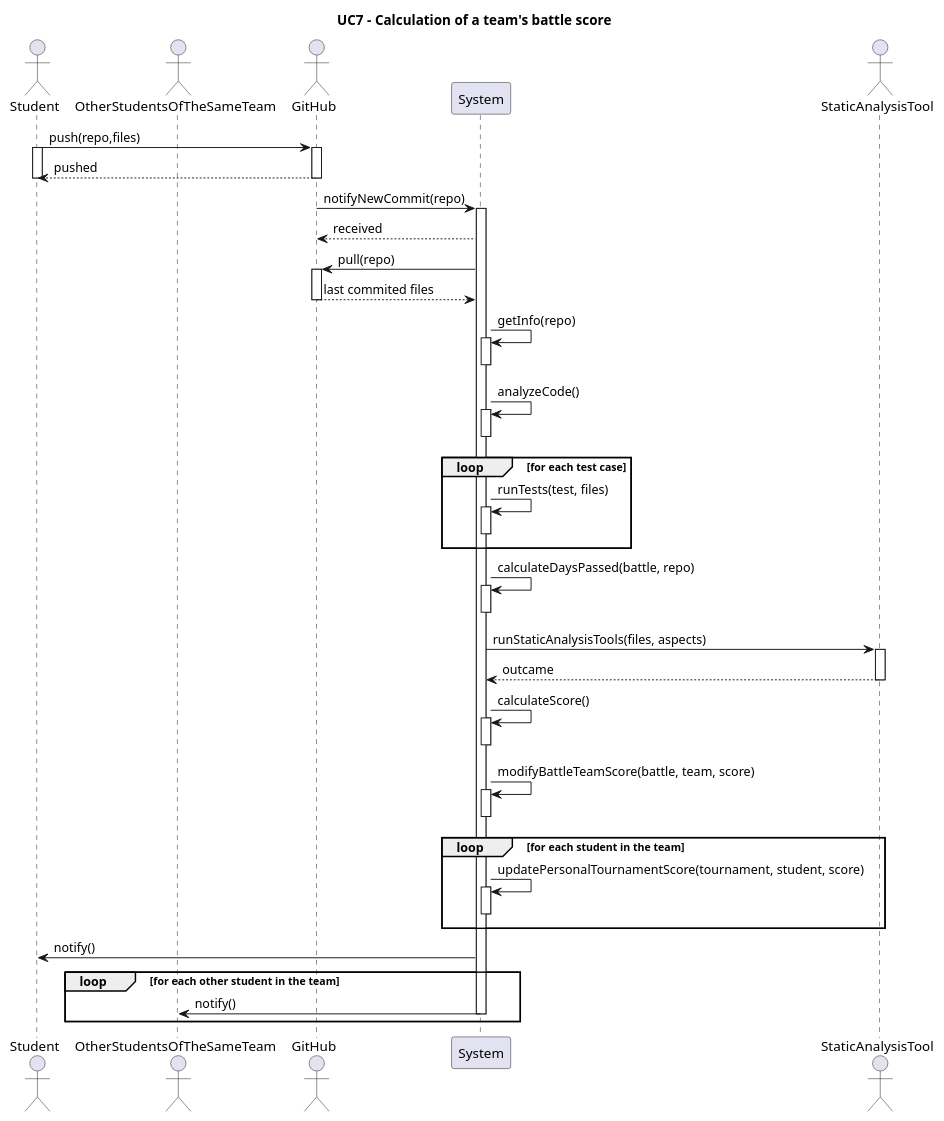
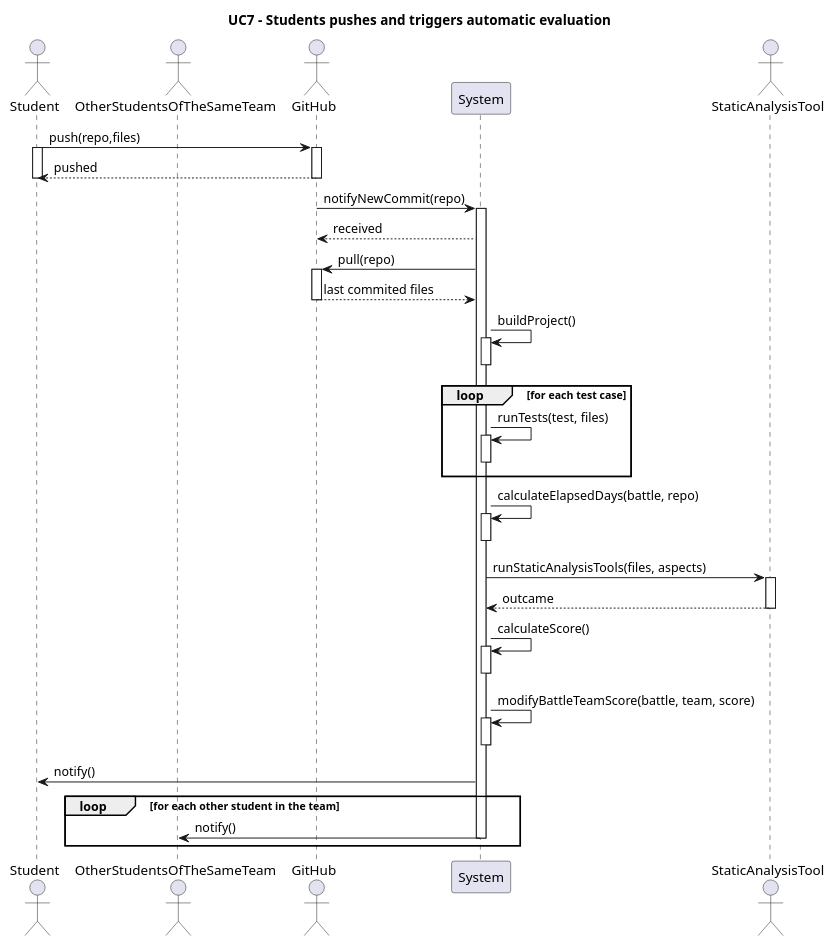
The diagram in rasd/puml/UC7.puml (Furrrlo/CodeKataBattle), drawn with PlantUML before and after one commit. The commit also changed 3 other files, not shown here.

```diff
--- a/rasd/puml/UC7.puml
+++ b/rasd/puml/UC7.puml
@@ -1,60 +1,45 @@
 @startuml UC7
-title UC7 - Calculation of a team's battle score
+title UC7 - Students pushes and triggers automatic evaluation
 actor Student
 actor OtherStudentsOfTheSameTeam
 actor GitHub
 participant System
 actor StaticAnalysisTool
 
 Student -> GitHub ++ : push(repo,files)
 activate Student
 GitHub --> Student --: pushed
 deactivate Student
 
 
 GitHub -> System ++ : notifyNewCommit(repo)
 
 System --> GitHub : received
 
 System -> GitHub ++ : pull(repo)
 GitHub --> System --: last commited files
 
-
-System -> System ++: getInfo(repo)
-deactivate System
-
-System -> System ++: analyzeCode()
-deactivate System
-
+System -> System ++--: buildProject()
 
 loop for each test case
-    System -> System ++: runTests(test, files)
-    deactivate System
+    System -> System ++--: runTests(test, files)
 end
 
-System -> System ++: calculateDaysPassed(battle, repo)
-deactivate System
+System -> System ++--: calculateElapsedDays(battle, repo)
 
 System -> StaticAnalysisTool ++: runStaticAnalysisTools(files, aspects)
 StaticAnalysisTool --> System -- : outcame
 
 
-System -> System ++: calculateScore()
-deactivate System
+System -> System ++--: calculateScore()
 
-System -> System ++: modifyBattleTeamScore(battle, team, score)
-deactivate System
-
-loop for each student in the team
-    System -> System ++: updatePersonalTournamentScore(tournament, student, score)
-    deactivate System
-end
+System -> System ++--: modifyBattleTeamScore(battle, team, score)
 
 System -> Student: notify()
 loop for each other student in the team
     System -> OtherStudentsOfTheSameTeam: notify()
     deactivate System
 end
 
 
 @enduml
```
